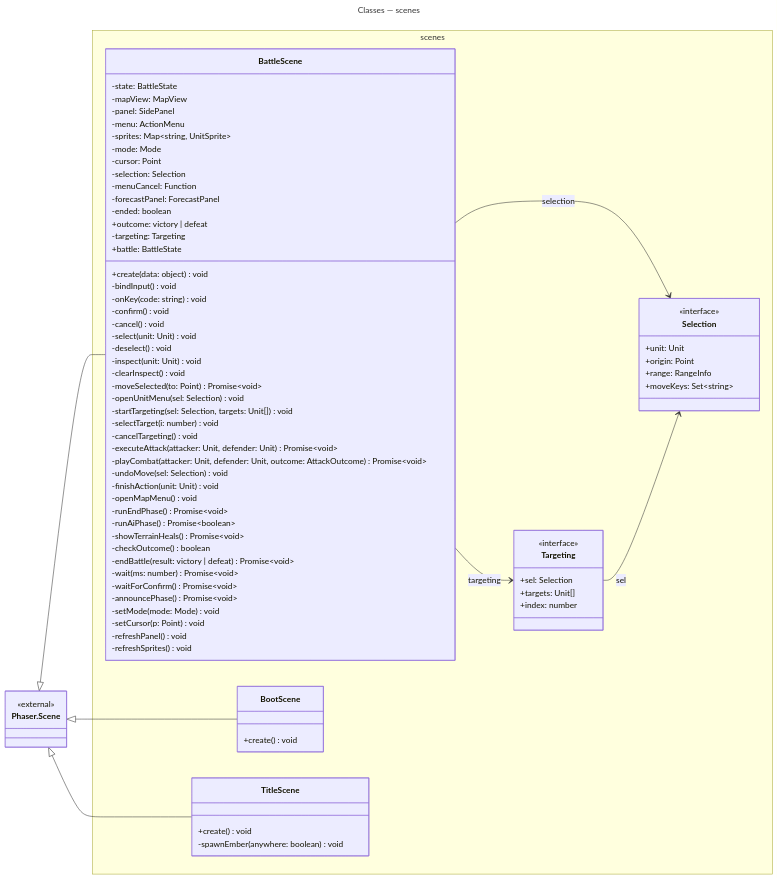
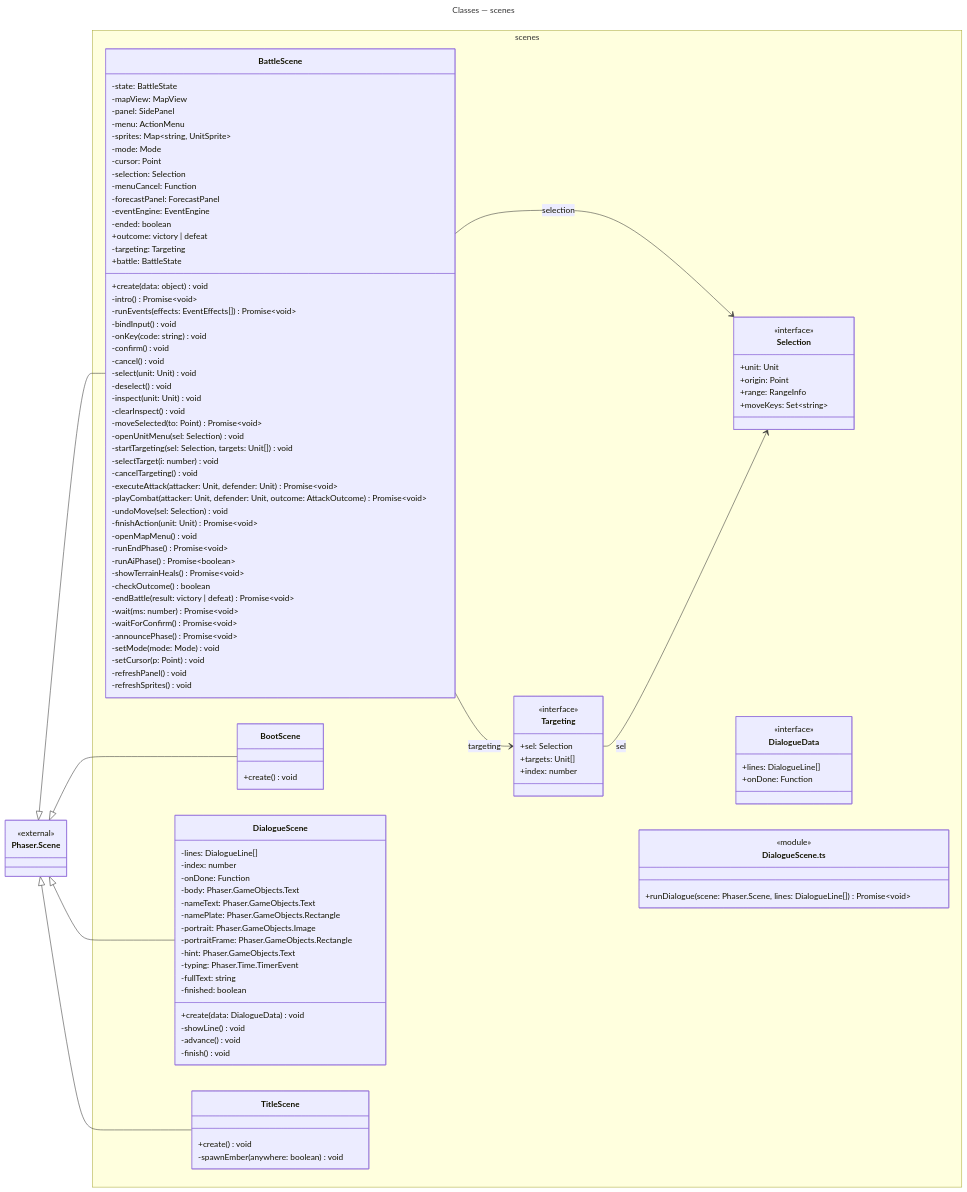
The fifth of 5 diagrams in docs/diagrams/classes.md (Pitossomos/fire-crest), drawn with Mermaid before and after one commit. The commit also changed other lines of this file and 16 other files, not shown here.

````diff
--- a/docs/diagrams/classes.md
+++ b/docs/diagrams/classes.md
@@ -848,11 +896,14 @@
       -selection: Selection
       -menuCancel: Function
       -forecastPanel: ForecastPanel
+      -eventEngine: EventEngine
       -ended: boolean
       +outcome: victory | defeat
       -targeting: Targeting
       +battle: BattleState
       +create(data: object) void
+      -intro() Promise~void~
+      -runEvents(effects: EventEffects[]) Promise~void~
       -bindInput() void
       -onKey(code: string) void
       -confirm() void
@@ -869,7 +920,7 @@
       -executeAttack(attacker: Unit, defender: Unit) Promise~void~
       -playCombat(attacker: Unit, defender: Unit, outcome: AttackOutcome) Promise~void~
       -undoMove(sel: Selection) void
-      -finishAction(unit: Unit) void
+      -finishAction(unit: Unit) Promise~void~
       -openMapMenu() void
       -runEndPhase() Promise~void~
       -runAiPhase() Promise~boolean~
@@ -900,6 +951,33 @@
     class BootScene {
       +create() void
     }
+    class DialogueScene {
+      -lines: DialogueLine[]
+      -index: number
+      -onDone: Function
+      -body: Phaser.GameObjects.Text
+      -nameText: Phaser.GameObjects.Text
+      -namePlate: Phaser.GameObjects.Rectangle
+      -portrait: Phaser.GameObjects.Image
+      -portraitFrame: Phaser.GameObjects.Rectangle
+      -hint: Phaser.GameObjects.Text
+      -typing: Phaser.Time.TimerEvent
+      -fullText: string
+      -finished: boolean
+      +create(data: DialogueData) void
+      -showLine() void
+      -advance() void
+      -finish() void
+    }
+    class DialogueData {
+      <<interface>>
+      +lines: DialogueLine[]
+      +onDone: Function
+    }
+    class mod_scenes_DialogueScene["DialogueScene.ts"] {
+      <<module>>
+      +runDialogue(scene: Phaser.Scene, lines: DialogueLine[]) Promise~void~
+    }
     class TitleScene {
       +create() void
       -spawnEmber(anywhere: boolean) void
@@ -912,6 +990,7 @@
   BattleScene --> Targeting : targeting
   Phaser_Scene <|-- BattleScene
   Phaser_Scene <|-- BootScene
+  Phaser_Scene <|-- DialogueScene
   Phaser_Scene <|-- TitleScene
   Targeting --> Selection : sel
 ```
````
